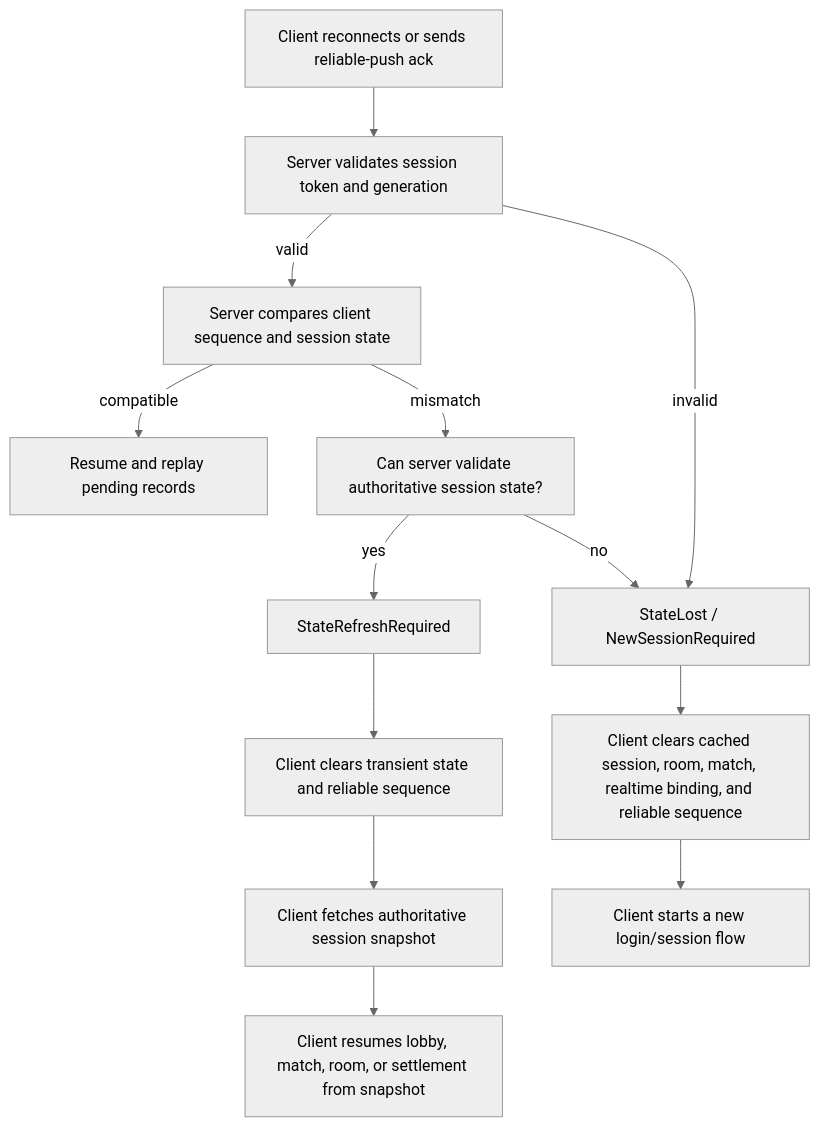
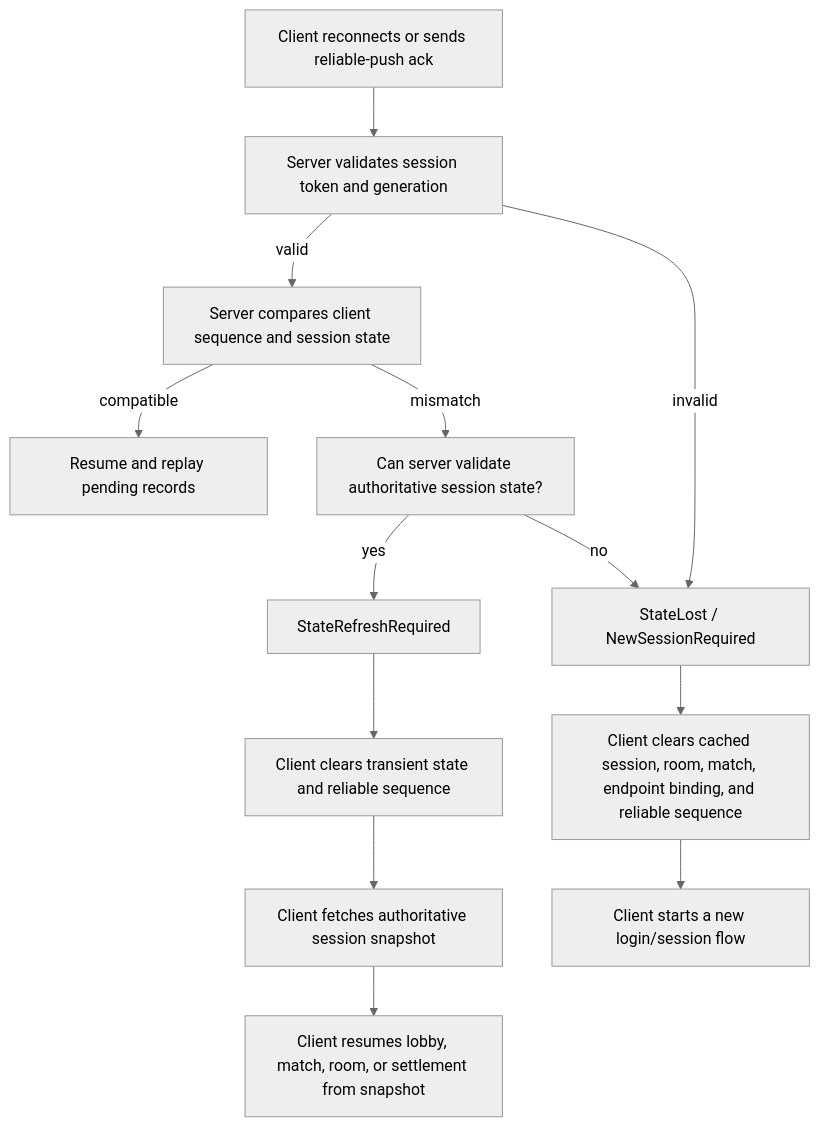
One commit to bruce48x/ULinkGame changed the diagram in CONTRIBUTING.md. Above: the diagram before and after it, drawn with Mermaid (neutral theme). The commit also changed other lines of this file and 3 other files, not shown here.

Commit message:
Consolidate architecture docs and cluster roadmap

````diff
--- a/CONTRIBUTING.md
+++ b/CONTRIBUTING.md
@@ -429,15 +580,15 @@
 ```mermaid
 flowchart TD
     A["Client reconnects or sends reliable-push ack"] --> B["Server validates session token and generation"]
     B -->|invalid| L["StateLost / NewSessionRequired"]
     B -->|valid| C["Server compares client sequence and session state"]
     C -->|compatible| R["Resume and replay pending records"]
     C -->|mismatch| D["Can server validate authoritative session state?"]
     D -->|yes| E["StateRefreshRequired"]
     E --> F["Client clears transient state and reliable sequence"]
     F --> G["Client fetches authoritative session snapshot"]
     G --> H["Client resumes lobby, match, room, or settlement from snapshot"]
     D -->|no| L
-    L --> I["Client clears cached session, room, match, realtime binding, and reliable sequence"]
+    L --> I["Client clears cached session, room, match, endpoint binding, and reliable sequence"]
     I --> J["Client starts a new login/session flow"]
 ```
````
